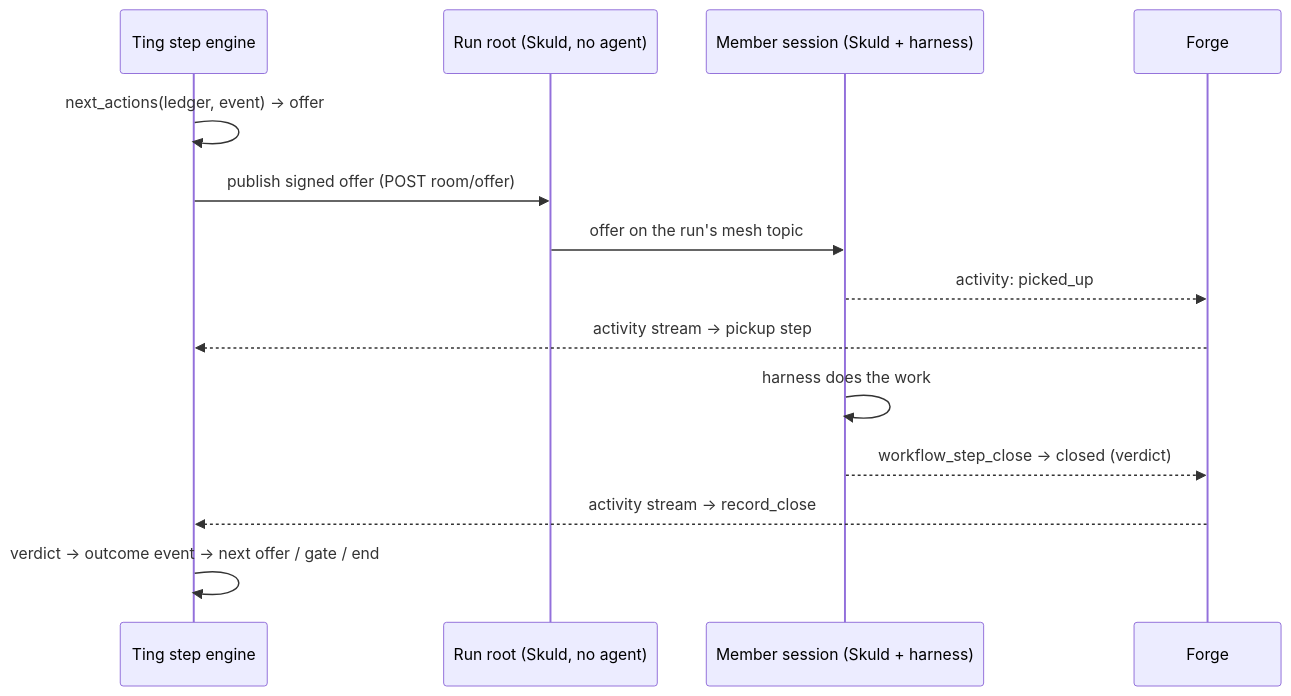
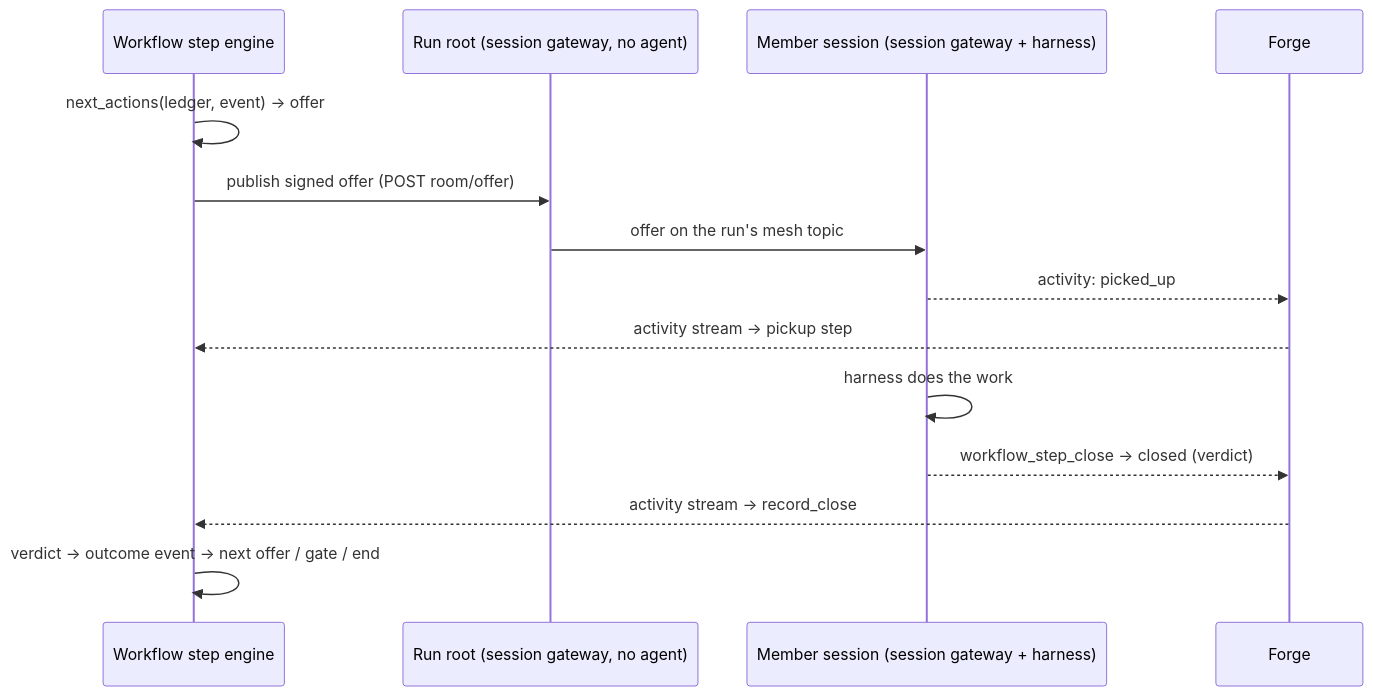
The diagram in docs/site/architecture/workflows/runs.md (niuulabs/niuu), drawn with Mermaid before and after one commit. The commit also changed other lines of this file and 65 other files, not shown here.

````diff
--- a/docs/site/architecture/workflows/runs.md
+++ b/docs/site/architecture/workflows/runs.md
@@ -22,16 +22,16 @@
 ```mermaid
 sequenceDiagram
-    participant T as Ting step engine
-    participant R as Run root (Skuld, no agent)
-    participant M as Member session (Skuld + harness)
+    participant T as Workflow step engine
+    participant R as Run root (session gateway, no agent)
+    participant M as Member session (session gateway + harness)
     participant F as Forge
     T->>T: next_actions(ledger, event) → offer
     T->>R: publish signed offer (POST room/offer)
     R->>M: offer on the run's mesh topic
     M-->>F: activity: picked_up
     F-->>T: activity stream → pickup step
     M->>M: harness does the work
     M-->>F: workflow_step_close → closed (verdict)
     F-->>T: activity stream → record_close
     T->>T: verdict → outcome event → next offer / gate / end
 ```
````
